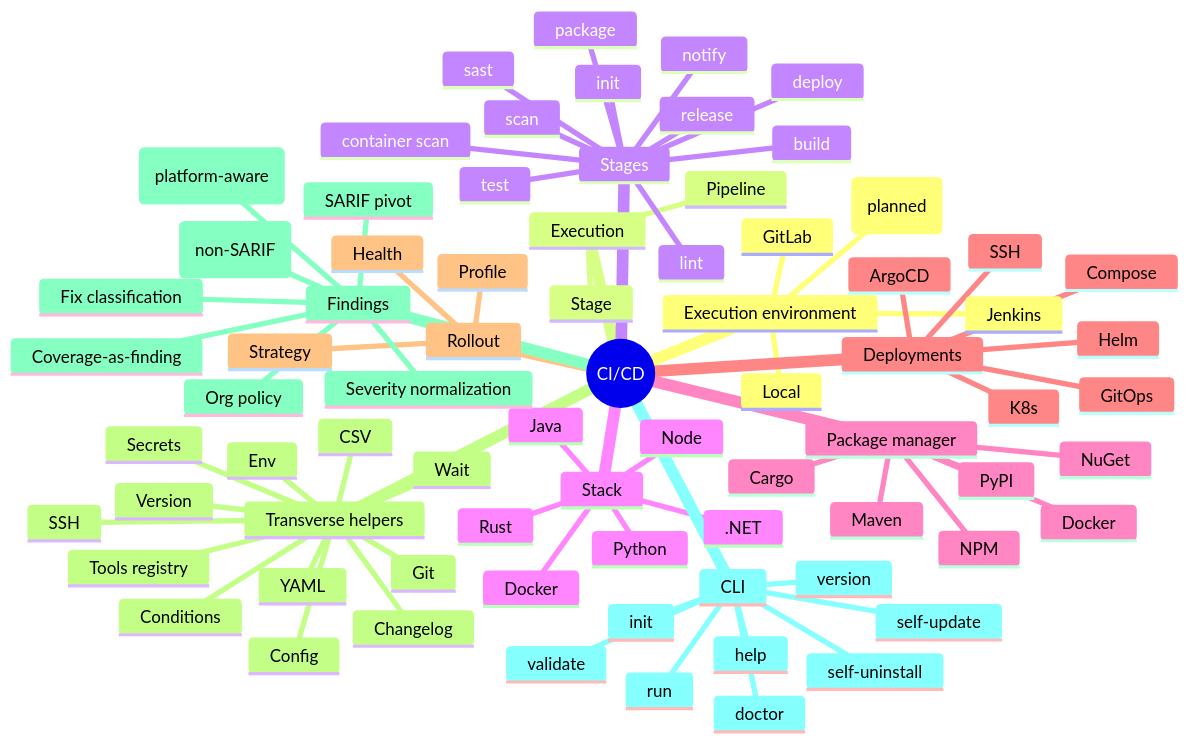
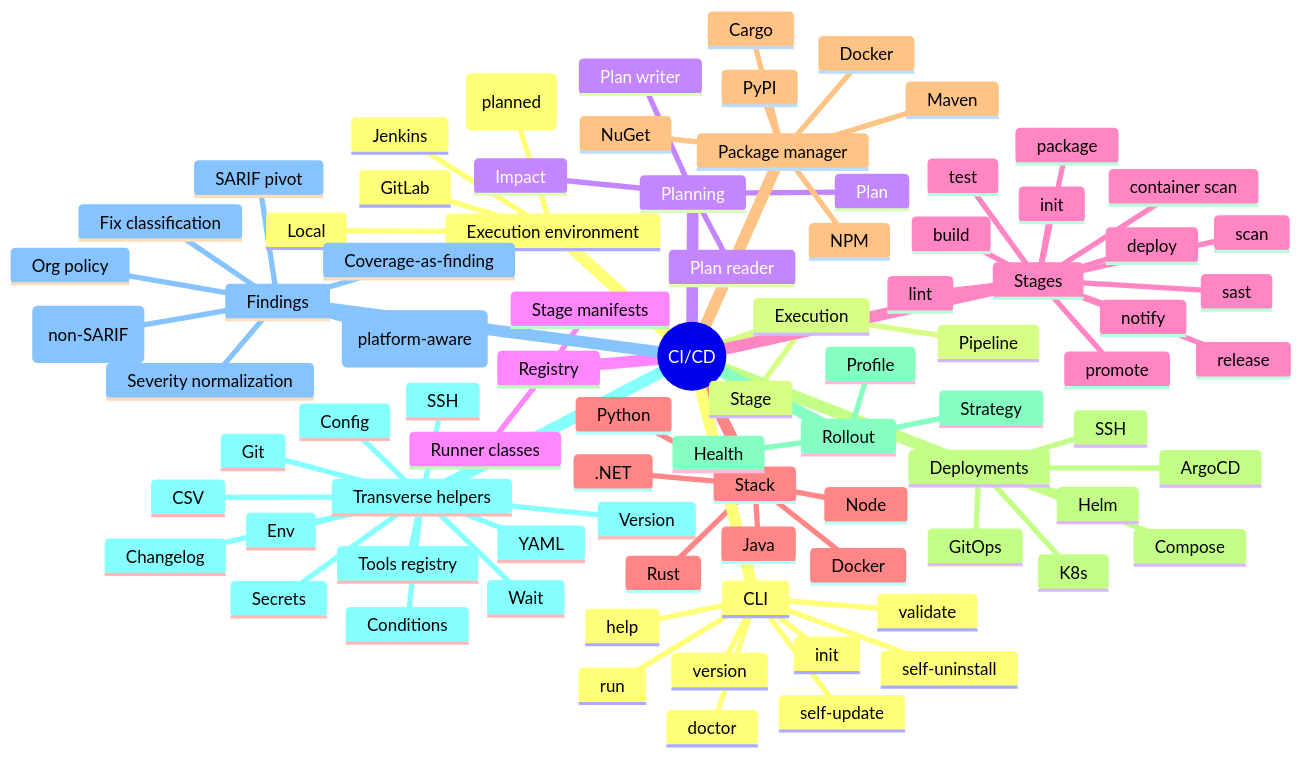
Before and after one commit to getbrik/brik: the first of 2 diagrams in docs/internals/layout.md, drawn with Mermaid. The commit also changed other lines of this file and 33 other files, not shown here.

```diff
--- a/docs/internals/layout.md
+++ b/docs/internals/layout.md
@@ -24,6 +25,16 @@
       Pipeline
       Stage
 
+    Planning
+      Plan
+      Impact
+      Plan reader
+      Plan writer
+
+    Registry
+      Stage manifests
+      Runner classes
+
     Stages
       init
       release
@@ -34,6 +45,7 @@
       test
       package
       container scan
+      promote
       deploy
       notify
 
```
